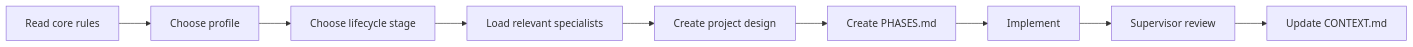
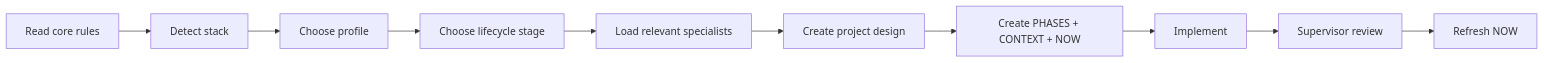
The diagram in HANDBOOK.md (cloverhimself/engineering-handbook), drawn with Mermaid before and after one commit. The commit also changed other lines of this file, not shown here.

Commit message:
docs: add craftsmanship, stack overlays, and context budget to handbook map

````diff
--- a/HANDBOOK.md
+++ b/HANDBOOK.md
@@ -78,11 +84,12 @@
 ```mermaid
 flowchart LR
-    A[Read core rules] --> B[Choose profile]
-    B --> C[Choose lifecycle stage]
-    C --> D[Load relevant specialists]
-    D --> E[Create project design]
-    E --> F[Create PHASES.md]
-    F --> G[Implement]
-    G --> H[Supervisor review]
-    H --> I[Update CONTEXT.md]
+    A[Read core rules] --> B[Detect stack]
+    B --> C[Choose profile]
+    C --> D[Choose lifecycle stage]
+    D --> E[Load relevant specialists]
+    E --> F[Create project design]
+    F --> G[Create PHASES + CONTEXT + NOW]
+    G --> H[Implement]
+    H --> I[Supervisor review]
+    I --> J[Refresh NOW]
 ```
````
